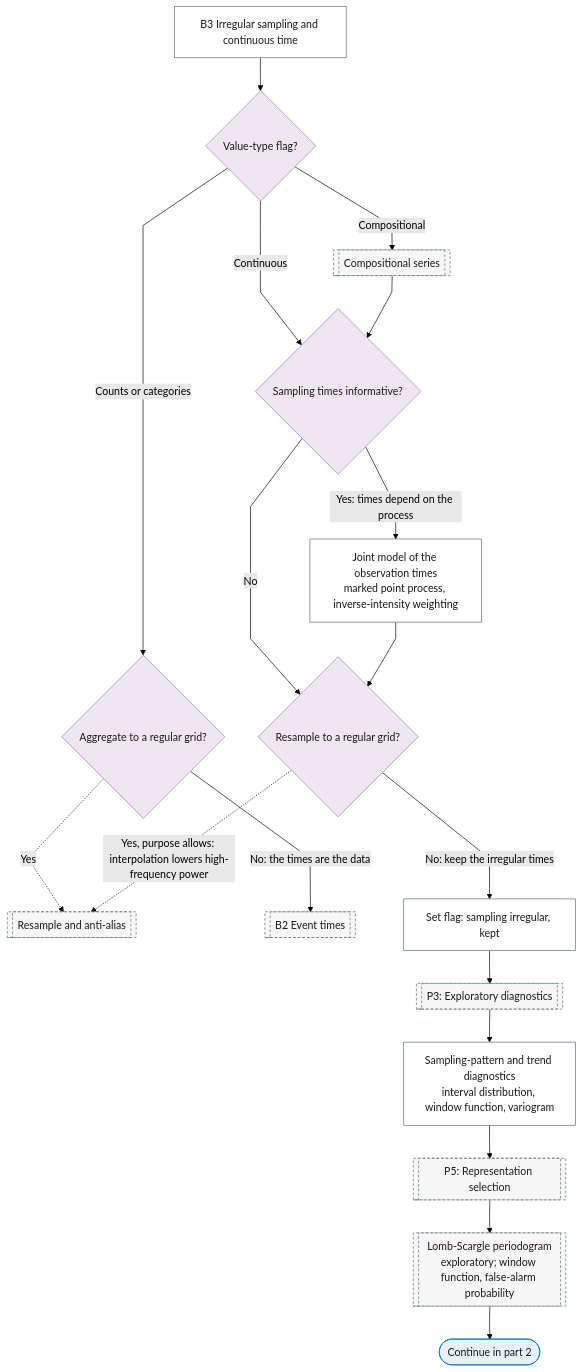
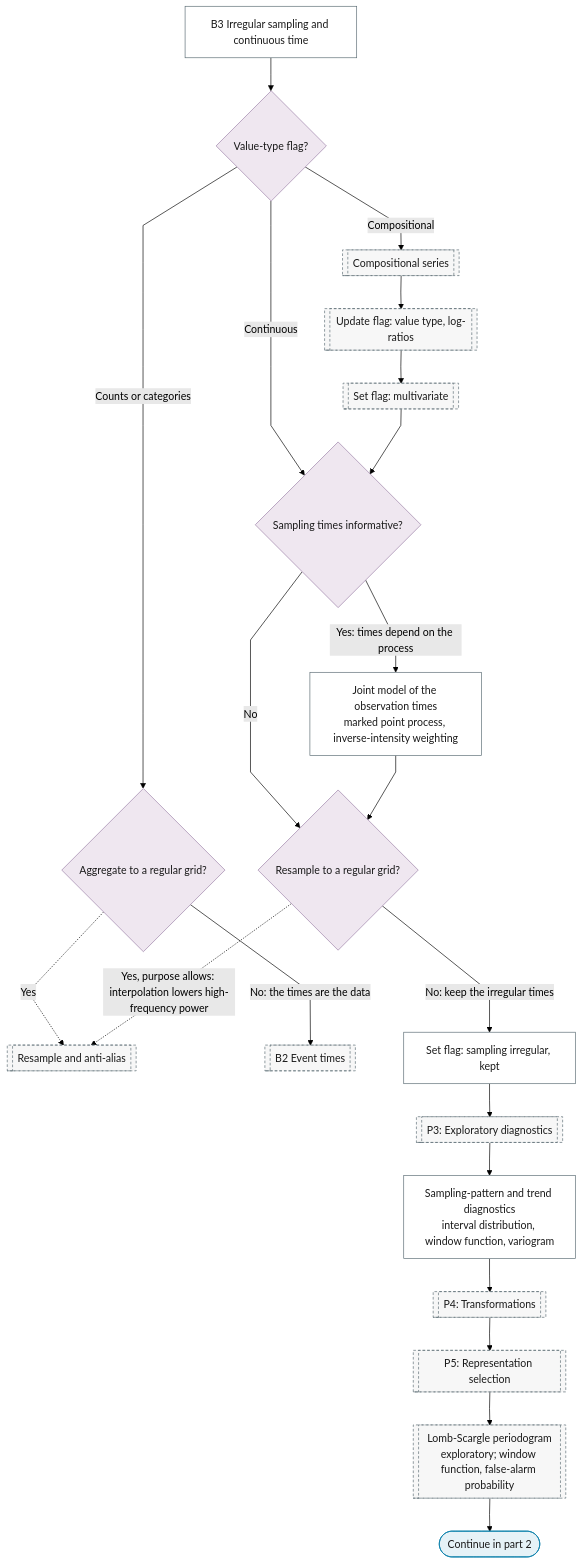
One commit to Shuxin-Y/time-series-analysis-manual changed the first of 2 diagrams in docs/reference/15-continuous-time/index.md. Above: the diagram before and after it, drawn with Mermaid (forest theme). The commit also changed other lines of this file and 17 other files, not shown here.

First line of the commit message:
fix(charts): round-3 review fixes to seasonality, thresholds and branch flags

````diff
--- a/docs/reference/15-continuous-time/index.md
+++ b/docs/reference/15-continuous-time/index.md
@@ -9,33 +9,36 @@
 ```mermaid
 %%{init: {"flowchart": {"curve": "linear"}}}%%
 graph TD
     B3["B3 Irregular sampling and continuous time"] --> B3_VALUES{"Value-type flag?"}
     B3_VALUES -->|"Counts or categories"| B3_AGGREGATE_Q{"Aggregate to a regular grid?"}
     B3_AGGREGATE_Q -.->|"Yes"| P1_RESAMPLE
     B3_AGGREGATE_Q -->|"No: the times are the data"| B2[["B2 Event times"]]
     B3_VALUES -->|"Continuous"| B3_INFORMATIVE{"Sampling times informative?"}
     B3_VALUES -->|"Compositional"| B1_COMPOSITIONAL[["Compositional series"]]
-    B1_COMPOSITIONAL --> B3_INFORMATIVE
+    B1_COMPOSITIONAL --> B1_LOGRATIO_FLAG[["Update flag: value type, log-ratios"]]
+    B1_LOGRATIO_FLAG --> B1_MULTIVARIATE_FLAG[["Set flag: multivariate"]]
+    B1_MULTIVARIATE_FLAG --> B3_INFORMATIVE
     B3_INFORMATIVE -->|"Yes: times depend on the process"| B3_JOINT_SAMPLING["Joint model of the observation times<br/>marked point process, inverse-intensity weighting"]
     B3_INFORMATIVE -->|"No"| B3_ROUTE{"Resample to a regular grid?"}
     B3_JOINT_SAMPLING --> B3_ROUTE
     B3_ROUTE -.->|"Yes, purpose allows: interpolation lowers high-frequency power"| P1_RESAMPLE[["Resample and anti-alias"]]
     B3_ROUTE -->|"No: keep the irregular times"| B3_KEPT_FLAG["Set flag: sampling irregular, kept"]
     B3_KEPT_FLAG --> P3[["P3: Exploratory diagnostics"]]
     P3 --> B3_DIAGNOSTICS["Sampling-pattern and trend diagnostics<br/>interval distribution, window function, variogram"]
-    B3_DIAGNOSTICS --> P5[["P5: Representation selection"]]
+    B3_DIAGNOSTICS --> P4[["P4: Transformations"]]
+    P4 --> P5[["P5: Representation selection"]]
     P5 --> P5_FD_LOMB_SCARGLE[["Lomb-Scargle periodogram<br/>exploratory; window function, false-alarm probability"]]
     P5_FD_LOMB_SCARGLE --> B3_TO_PART_2(["Continue in part 2"])
     class B3_TO_PART_2 terminator
     class B3_VALUES,B3_AGGREGATE_Q,B3_INFORMATIVE,B3_ROUTE decision
     class B3,B3_JOINT_SAMPLING,B3_DIAGNOSTICS,B3_KEPT_FLAG process
-    class P1_RESAMPLE,B2,P3,P5,P5_FD_LOMB_SCARGLE,B1_COMPOSITIONAL ref
+    class P1_RESAMPLE,B2,P3,P4,P5,P5_FD_LOMB_SCARGLE,B1_COMPOSITIONAL,B1_LOGRATIO_FLAG,B1_MULTIVARIATE_FLAG ref
     classDef terminator fill:#E6F2F7,stroke:#007BA7,color:#1A1A1A;
     classDef process fill:#FFFFFF,stroke:#5A6B73,color:#1A1A1A;
     classDef decision fill:#EFE7F0,stroke:#9B7FA7,color:#1A1A1A;
     classDef data fill:#FFF4E0,stroke:#C9A55E,color:#1A1A1A;
     classDef good fill:#DCEFD8,stroke:#4A7A3F,color:#1A1A1A;
     classDef escalate fill:#FFE9C2,stroke:#C9A55E,color:#1A1A1A;
     classDef problem fill:#F2D9DE,stroke:#800020,color:#1A1A1A;
     classDef ref fill:#F7F7F7,stroke:#5A6B73,color:#1A1A1A,stroke-dasharray:4 3;
 ```
````
